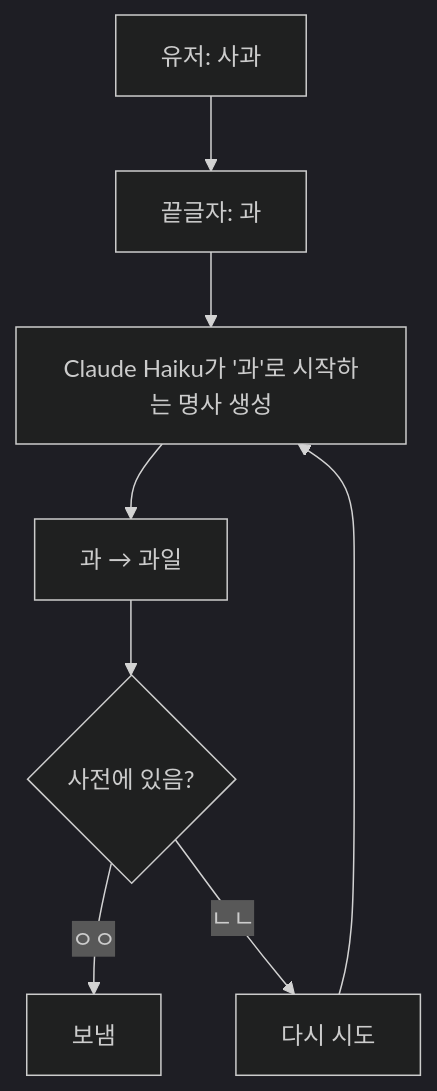
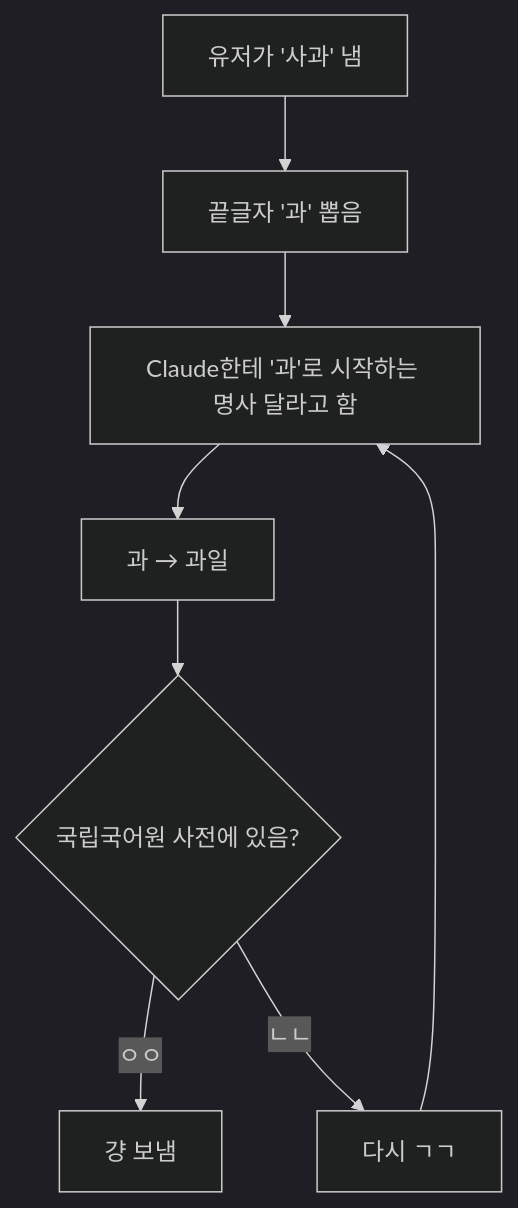
The fourth of 7 diagrams in README.md (Technoetic/word-chain-game), drawn with Mermaid (dark theme) before and after one commit. The commit also changed other lines of this file, not shown here.

````diff
--- a/README.md
+++ b/README.md
@@ -73,10 +73,10 @@
 ```mermaid
 flowchart TD
-    A["유저: 사과"] --> B["끝글자: 과"]
-    B --> C["Claude Haiku가 '과'로 시작하는 명사 생성"]
+    A["유저가 '사과' 냄"] --> B["끝글자 '과' 뽑음"]
+    B --> C["Claude한테 '과'로 시작하는 명사 달라고 함"]
     C --> D["과 → 과일"]
-    D --> E{"사전에 있음?"}
-    E -->|ㅇㅇ| F["보냄"]
-    E -->|ㄴㄴ| G["다시 시도"]
+    D --> E{"국립국어원 사전에 있음?"}
+    E -->|ㅇㅇ| F["걍 보냄"]
+    E -->|ㄴㄴ| G["다시 ㄱㄱ"]
     G --> C
 ```
````
